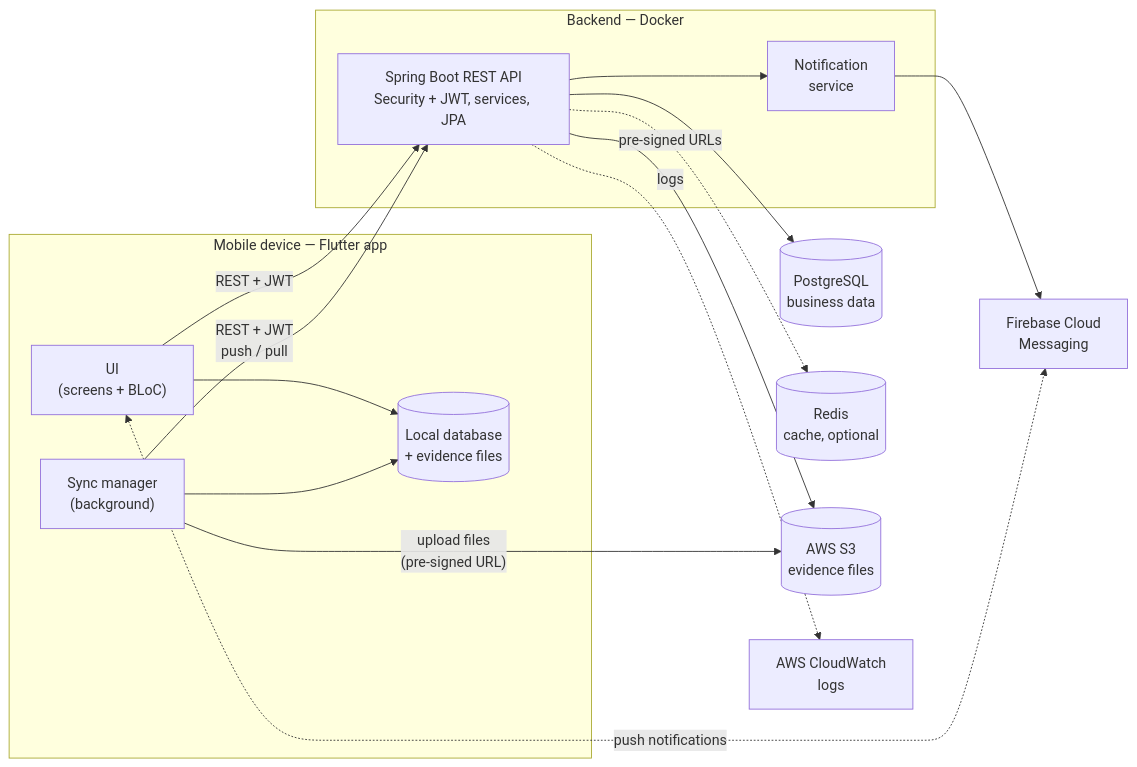
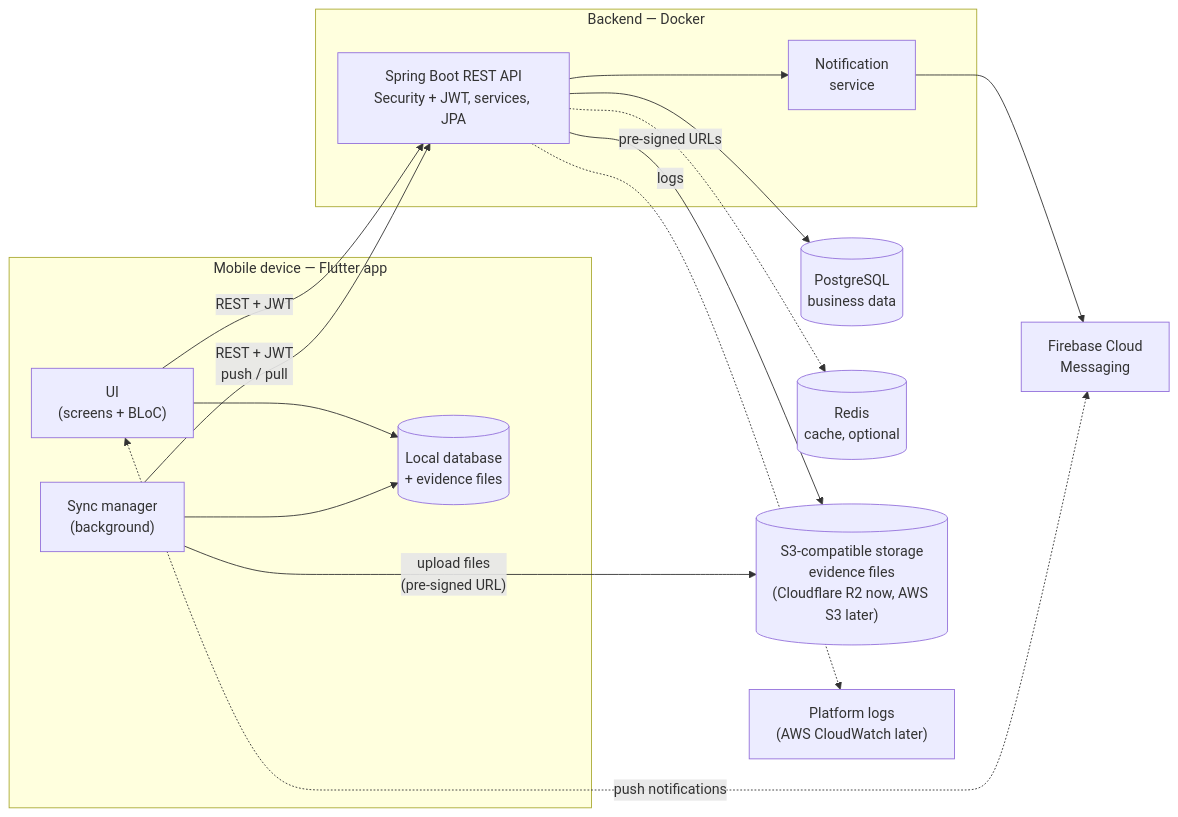
Before and after one commit to RezwanAhmed/taskInspect: the first of 7 diagrams in docs/architecture.md, drawn with Mermaid. The commit also changed other lines of this file and 4 other files, not shown here.

````diff
--- a/docs/architecture.md
+++ b/docs/architecture.md
@@ -32,32 +36,32 @@
 ```mermaid
 flowchart LR
     subgraph Device["Mobile device — Flutter app"]
         UI["UI<br/>(screens + BLoC)"]
         Sync["Sync manager<br/>(background)"]
         Local[("Local database<br/>+ evidence files")]
         UI --> Local
         Sync --> Local
     end
 
     subgraph Backend["Backend — Docker"]
         API["Spring Boot REST API<br/>Security + JWT, services, JPA"]
         Notify["Notification<br/>service"]
     end
 
     PG[("PostgreSQL<br/>business data")]
     Redis[("Redis<br/>cache, optional")]
-    S3[("AWS S3<br/>evidence files")]
+    S3[("S3-compatible storage<br/>evidence files<br/>(Cloudflare R2 now, AWS S3 later)")]
     FCM["Firebase Cloud<br/>Messaging"]
-    CW["AWS CloudWatch<br/>logs"]
+    CW["Platform logs<br/>(AWS CloudWatch later)"]
 
     UI -->|"REST + JWT"| API
     Sync -->|"REST + JWT<br/>push / pull"| API
     Sync -->|"upload files<br/>(pre-signed URL)"| S3
     API --> PG
     API -.-> Redis
     API -->|"pre-signed URLs"| S3
     API -.->|logs| CW
     API --> Notify
     Notify --> FCM
     UI <-.->|"push notifications"| FCM
 ```
````
